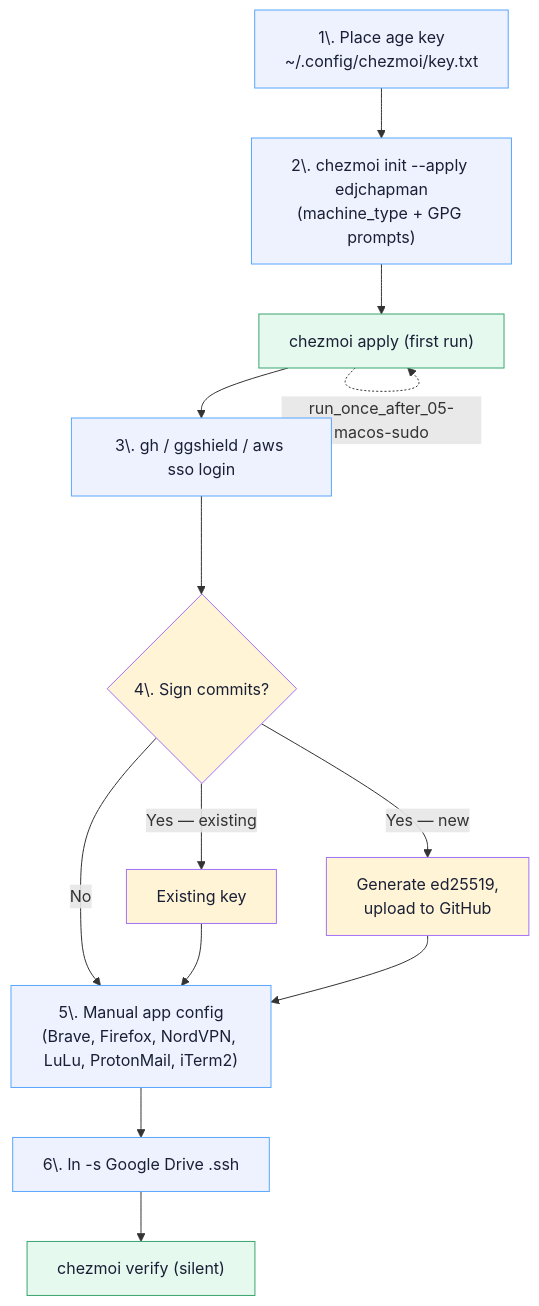
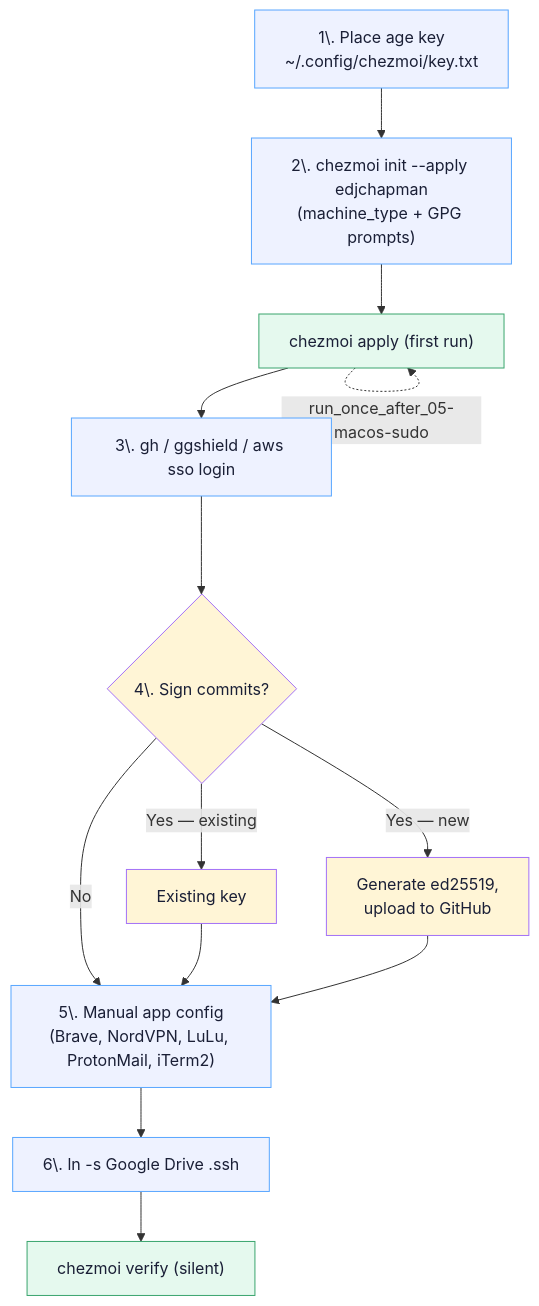
The diagram in docs/runbooks/new-machine.md (edjchapman/Dotfiles), drawn with Mermaid before and after one commit. The commit also changed other lines of this file and 1 other file, not shown here.

First paragraph of the commit message:
chore(brew): prune unused desktop apps (Postico, Firefox, Notion) (#95)
## Summary
Prune three unused desktop apps from the Brewfile, based on an
evidence-based audit using macOS last-used timestamps (`mdls
kMDItemLastUsedDate`) plus install state.

````diff
--- a/docs/runbooks/new-machine.md
+++ b/docs/runbooks/new-machine.md
@@ -7,37 +7,37 @@
 ```mermaid
 flowchart TD
     KEY["1\. Place age key<br/>~/.config/chezmoi/key.txt"]
     INIT["2\. chezmoi init --apply edjchapman<br/>(machine_type + GPG prompts)"]
     BOOT["chezmoi apply (first run)"]
     AUTH["3\. gh / ggshield / aws sso login"]
     GPG{"4\. Sign commits?"}
     GPG_E["Existing key"]
     GPG_N["Generate ed25519,<br/>upload to GitHub"]
-    APP["5\. Manual app config<br/>(Brave, Firefox, NordVPN, LuLu, ProtonMail, iTerm2)"]
+    APP["5\. Manual app config<br/>(Brave, NordVPN, LuLu, ProtonMail, iTerm2)"]
     SSH["6\. ln -s Google Drive .ssh"]
     VER["chezmoi verify (silent)"]
 
     KEY --> INIT
     INIT --> BOOT
     BOOT -.->|run_once_01-install-homebrew| BOOT
     BOOT -.->|run_onchange_02-brew-bundle| BOOT
     BOOT -.->|run_onchange_03-macos-defaults| BOOT
     BOOT -.->|run_onchange_04-dock-layout| BOOT
     BOOT -.->|run_once_after_05-macos-sudo| BOOT
     BOOT --> AUTH
     AUTH --> GPG
     GPG -->|Yes — existing| GPG_E
     GPG -->|Yes — new| GPG_N
     GPG -->|No| APP
     GPG_E --> APP
     GPG_N --> APP
     APP --> SSH
     SSH --> VER
 
     classDef step fill:#eef2ff,stroke:#58a6ff,color:#1a1f36
     classDef branch fill:#fff5d6,stroke:#a371f7,color:#1a1f36
     classDef terminal fill:#e5f9ee,stroke:#3aa56d,color:#1a1f36
     class KEY,INIT,AUTH,APP,SSH step
     class GPG,GPG_E,GPG_N branch
     class BOOT,VER terminal
 ```
````
